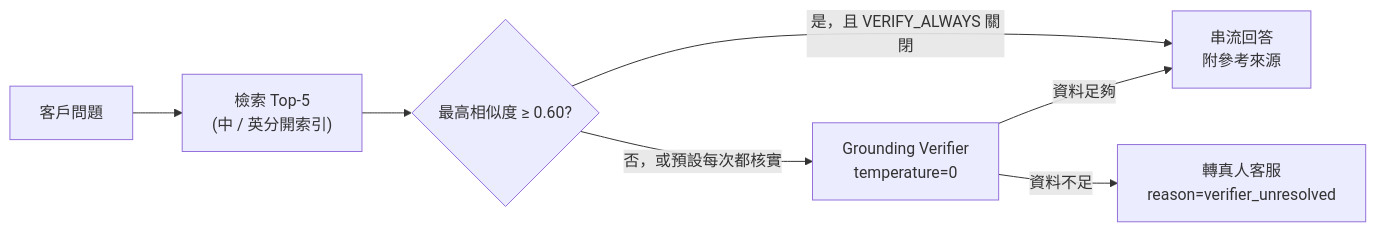
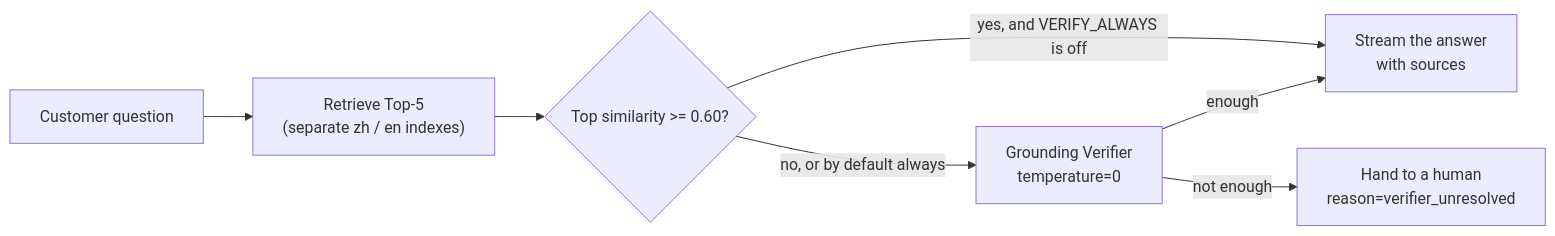
Before and after one commit to YvetLo/mingis-banking-ai-agent: the third of 4 diagrams in docs/architecture.md, drawn with Mermaid. The commit also changed other lines of this file and 11 other files, not shown here.

````diff
--- a/docs/architecture.md
+++ b/docs/architecture.md
@@ -155,9 +156,9 @@
 ```mermaid
 flowchart LR
-    Q["客戶問題"] --> RE["檢索 Top-5<br/>(中 / 英分開索引)"]
-    RE --> S{"最高相似度 ≥ 0.60?"}
-    S -->|是，且 VERIFY_ALWAYS 關閉| ANS
-    S -->|否，或預設每次都核實| V["Grounding Verifier<br/>temperature=0"]
-    V -->|資料足夠| ANS["串流回答<br/>附參考來源"]
-    V -->|資料不足| ESC["轉真人客服<br/>reason=verifier_unresolved"]
+    Q["Customer question"] --> RE["Retrieve Top-5<br/>(separate zh / en indexes)"]
+    RE --> S{"Top similarity >= 0.60?"}
+    S -->|yes, and VERIFY_ALWAYS is off| ANS
+    S -->|no, or by default always| V["Grounding Verifier<br/>temperature=0"]
+    V -->|enough| ANS["Stream the answer<br/>with sources"]
+    V -->|not enough| ESC["Hand to a human<br/>reason=verifier_unresolved"]
 ```
````
